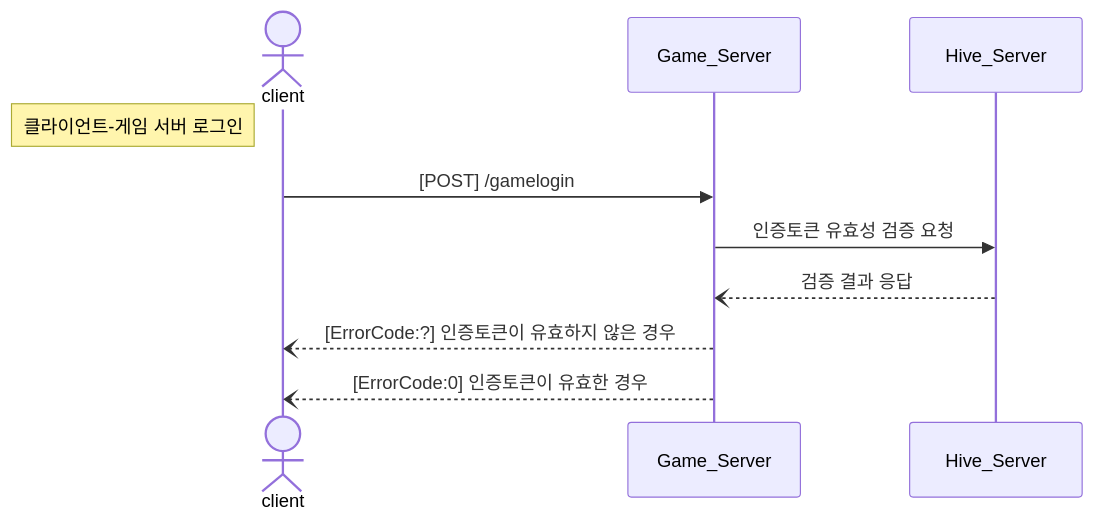
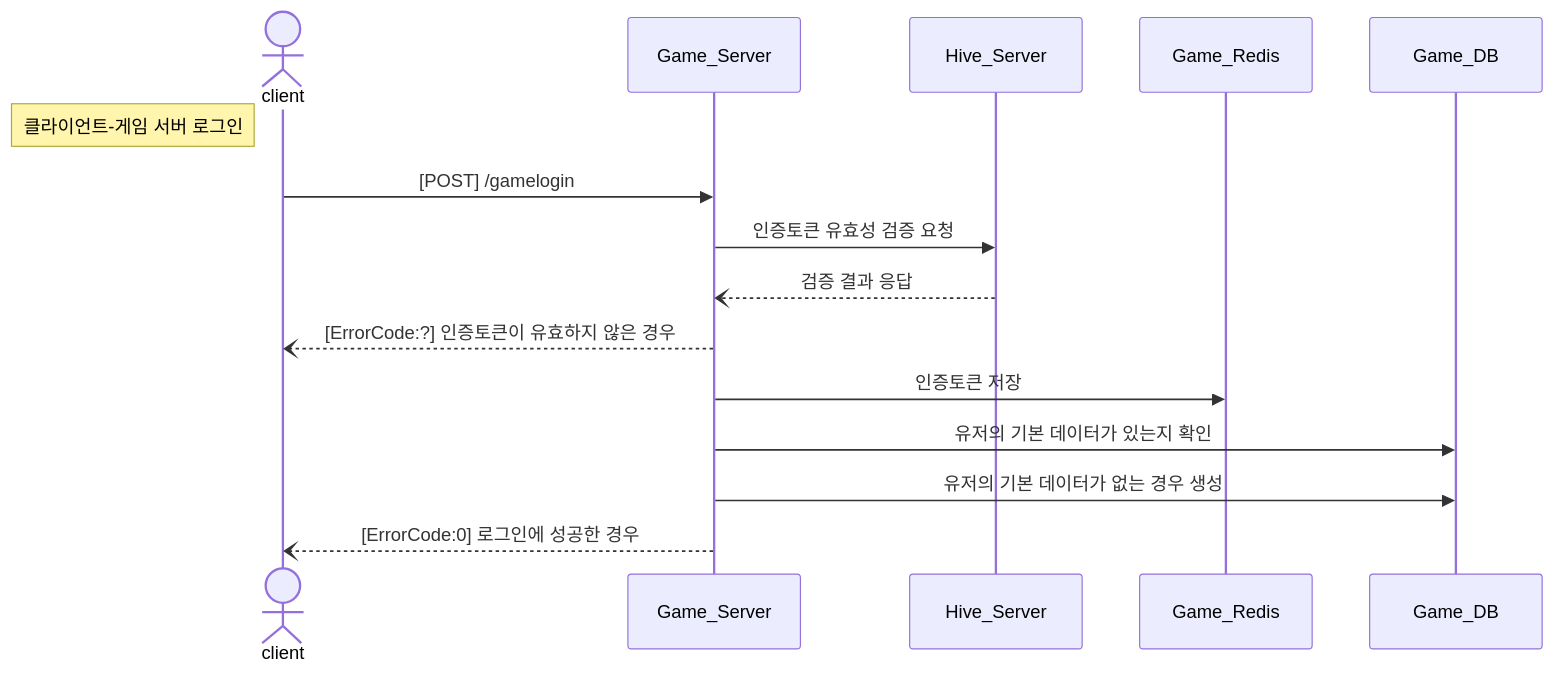
One commit to KongJJoki/OmokProj changed the fourth of 4 diagrams in README.md. Above: the diagram before and after it, drawn with Mermaid. The commit also changed other lines of this file, not shown here.

````diff
--- a/README.md
+++ b/README.md
@@ -179,14 +219,20 @@
 ```mermaid
 sequenceDiagram
     actor A as client
     participant B as Game_Server
     participant C as Hive_Server
+    participant D as Game_Redis
+    participant E as Game_DB
 
     %% 클라이언트-게임 서버 로그인
     note left of A: 클라이언트-게임 서버 로그인
     A->>B: [POST] /gamelogin
     B->>C: 인증토큰 유효성 검증 요청
     C--)B: 검증 결과 응답
     B--)A: [ErrorCode:?] 인증토큰이 유효하지 않은 경우
-    B--)A: [ErrorCode:0] 인증토큰이 유효한 경우
+    B->>D: 인증토큰 저장
+    B->>E: 유저의 기본 데이터가 있는지 확인
+    B->>E: 유저의 기본 데이터가 없는 경우 생성
+    B--)A: [ErrorCode:0] 로그인에 성공한 경우
+    
 ```
````
